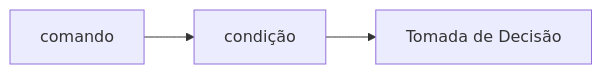
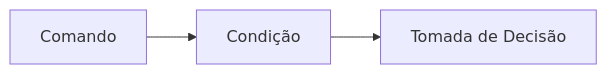
Before and after one commit to evelynmunhoz/backend: the second of 8 diagrams in README.md, drawn with Mermaid. The commit also changed other lines of this file and 12 other files, not shown here.

````diff
--- a/README.md
+++ b/README.md
@@ -211,6 +215,6 @@
 ```mermaid
 
 graph LR
-    A[comando] --> B[condição] --> C[Tomada de Decisão]
+    A[Comando] --> B[Condição] --> C[Tomada de Decisão]
 
 ```
````
